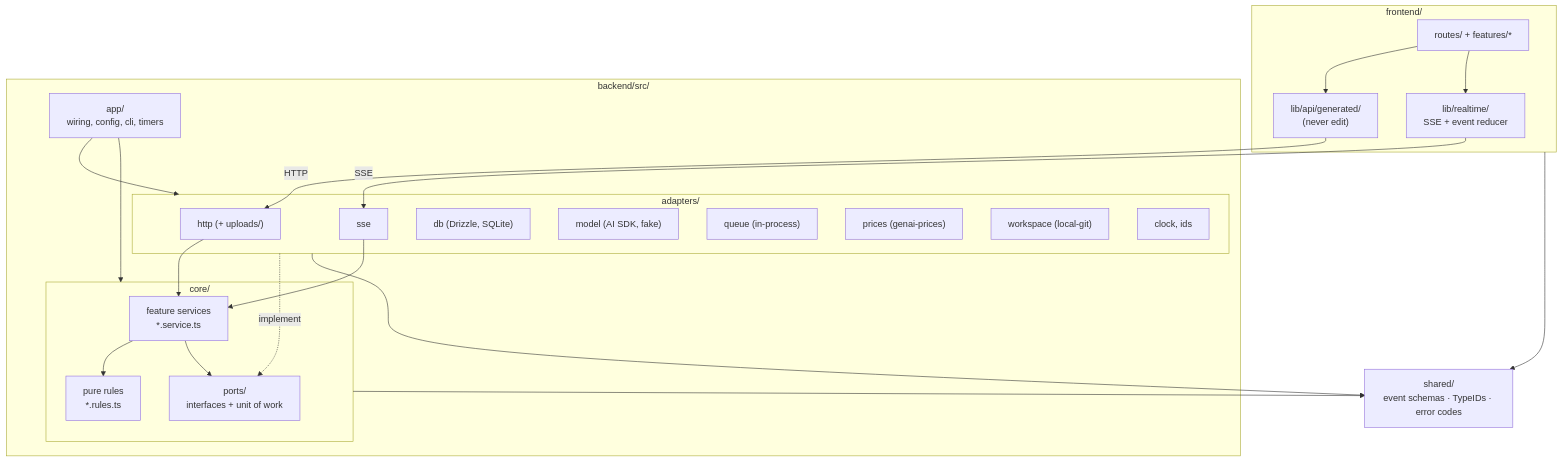
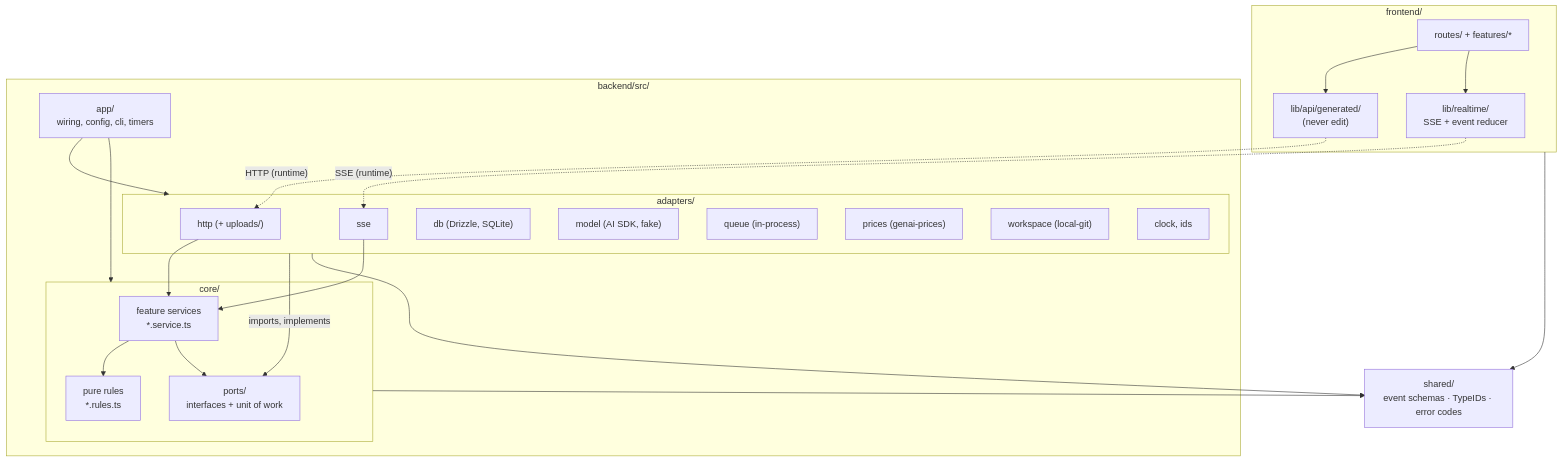
Before and after one commit to binhle312/cty1ng: the third of 4 diagrams in docs/architecture.md, drawn with Mermaid. The commit also changed other lines of this file and 3 other files, not shown here.

````diff
--- a/docs/architecture.md
+++ b/docs/architecture.md
@@ -205,41 +206,41 @@
 ```mermaid
 flowchart TB
   subgraph FE["frontend/"]
     feat["routes/ + features/*"]
     gen["lib/api/generated/<br/>(never edit)"]
     rt["lib/realtime/<br/>SSE + event reducer"]
     feat --> gen
     feat --> rt
   end
   subgraph BE["backend/src/"]
     appr["app/<br/>wiring, config, cli, timers"]
     subgraph AD["adapters/"]
       ah["http (+ uploads/)"]
       as["sse"]
       adb["db (Drizzle, SQLite)"]
       am["model (AI SDK, fake)"]
       aq["queue (in-process)"]
       ap["prices (genai-prices)"]
       aw["workspace (local-git)"]
       ac["clock, ids"]
     end
     subgraph CORE["core/"]
       svc["feature services<br/>*.service.ts"]
       rules["pure rules<br/>*.rules.ts"]
       ports["ports/<br/>interfaces + unit of work"]
     end
   end
   shared["shared/<br/>event schemas · TypeIDs · error codes"]
   appr --> AD
   appr --> CORE
   ah --> svc
   as --> svc
-  AD -. "implement" .-> ports
+  AD -- "imports, implements" --> ports
   svc --> rules
   svc --> ports
   CORE --> shared
   AD --> shared
   FE --> shared
-  gen -- "HTTP" --> ah
-  rt -- "SSE" --> as
+  gen -. "HTTP (runtime)" .-> ah
+  rt -. "SSE (runtime)" .-> as
 ```
````
